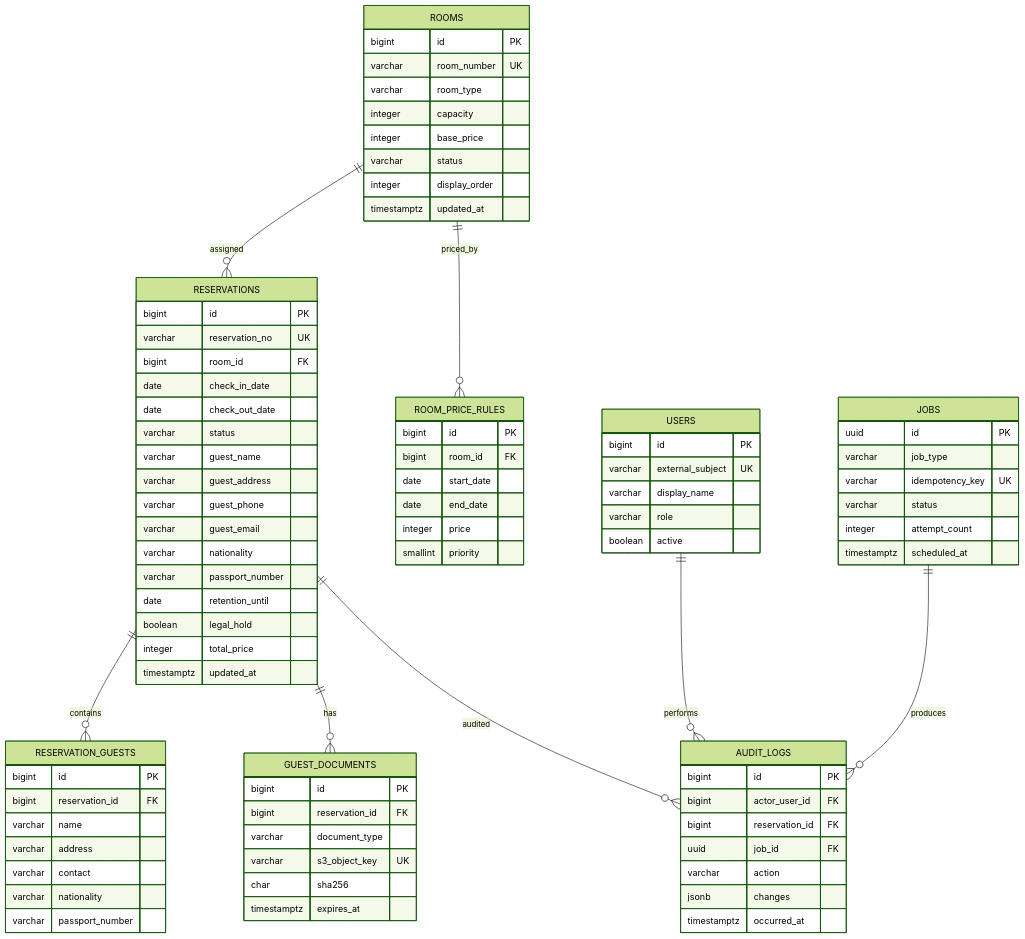
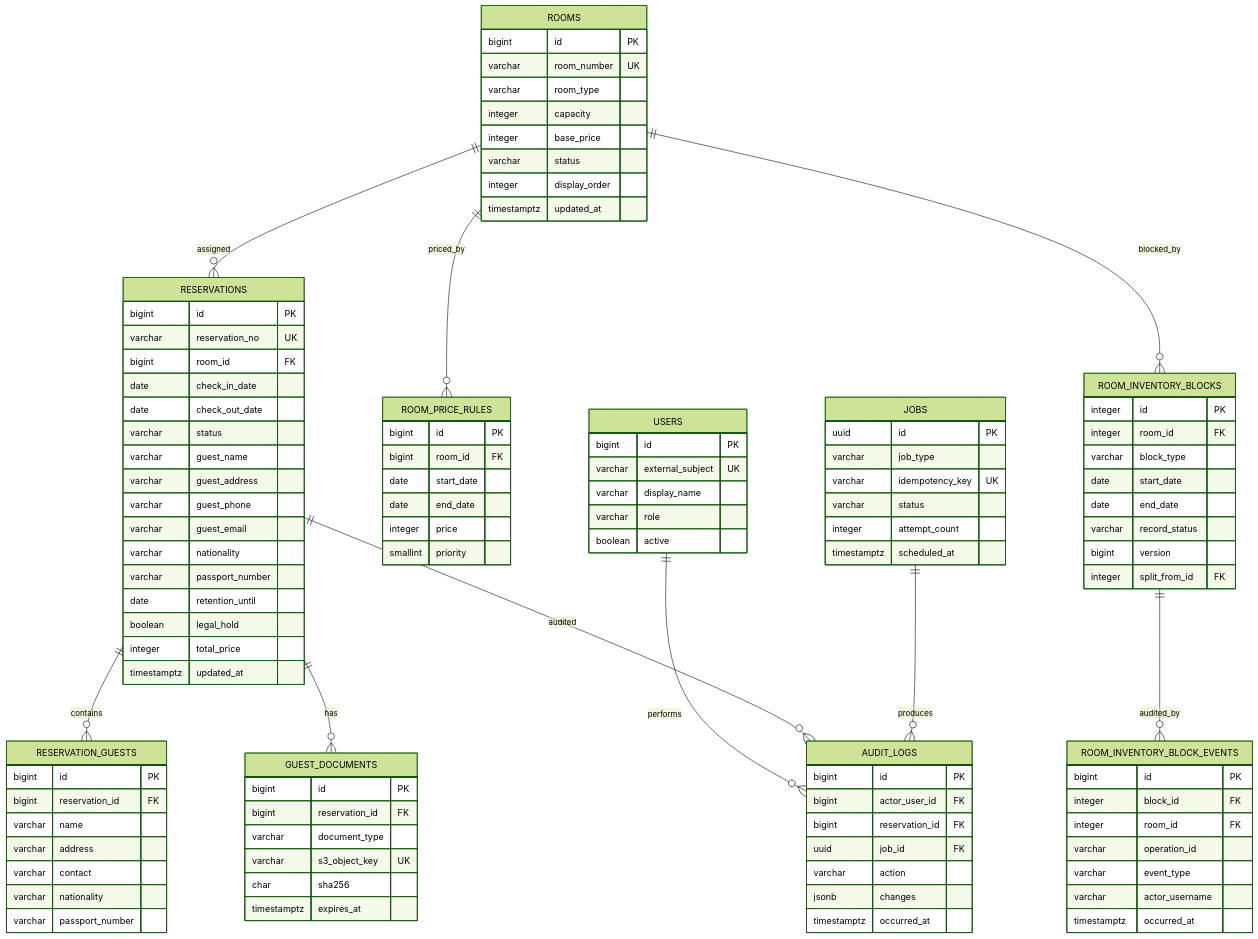
The diagram in docs/仕様書/03.db-design.md (1996HE/hotel2026), drawn with Mermaid (forest theme) before and after one commit. The commit also changed other lines of this file and 83 other files, not shown here.

```diff
--- a/docs/仕様書/03.db-design.md
+++ b/docs/仕様書/03.db-design.md
@@ -29,6 +29,8 @@
   ROOMS ||--o{ RESERVATIONS : assigned
   RESERVATIONS ||--o{ RESERVATION_GUESTS : contains
   ROOMS ||--o{ ROOM_PRICE_RULES : priced_by
+  ROOMS ||--o{ ROOM_INVENTORY_BLOCKS : blocked_by
+  ROOM_INVENTORY_BLOCKS ||--o{ ROOM_INVENTORY_BLOCK_EVENTS : audited_by
   RESERVATIONS ||--o{ GUEST_DOCUMENTS : has
   USERS ||--o{ AUDIT_LOGS : performs
   RESERVATIONS ||--o{ AUDIT_LOGS : audited
@@ -79,6 +81,25 @@
     integer price
     smallint priority
   }
+  ROOM_INVENTORY_BLOCKS {
+    integer id PK
+    integer room_id FK
+    varchar block_type
+    date start_date
+    date end_date
+    varchar record_status
+    bigint version
+    integer split_from_id FK
+  }
+  ROOM_INVENTORY_BLOCK_EVENTS {
+    bigint id PK
+    integer block_id FK
+    integer room_id FK
+    varchar operation_id
+    varchar event_type
+    varchar actor_username
+    timestamptz occurred_at
+  }
   GUEST_DOCUMENTS {
     bigint id PK
     bigint reservation_id FK
```
